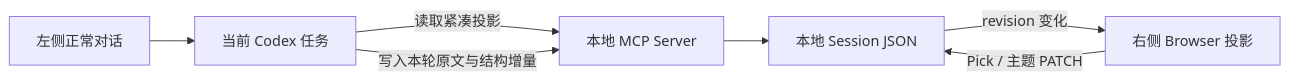
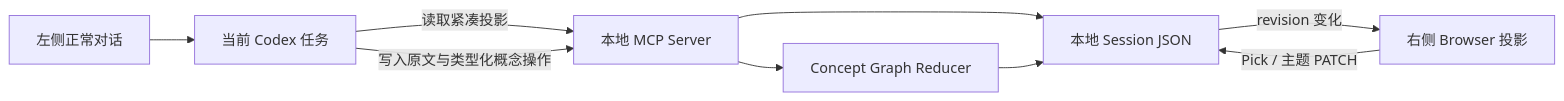
The diagram in README.md (prozacLaputa/vibe-canvas), drawn with Mermaid before and after one commit. The commit also changed other lines of this file and 13 other files, not shown here.

````diff
--- a/README.md
+++ b/README.md
@@ -91,9 +98,11 @@
 ```mermaid
 flowchart LR
     U[左侧正常对话] --> C[当前 Codex 任务]
     C -->|读取紧凑投影| M[本地 MCP Server]
-    C -->|写入本轮原文与结构增量| M
+    C -->|写入原文与类型化概念操作| M
     M --> J[本地 Session JSON]
+    M --> R[Concept Graph Reducer]
+    R --> J
     J -->|revision 变化| B[右侧 Browser 投影]
     B -->|Pick / 主题 PATCH| J
 ```
````
